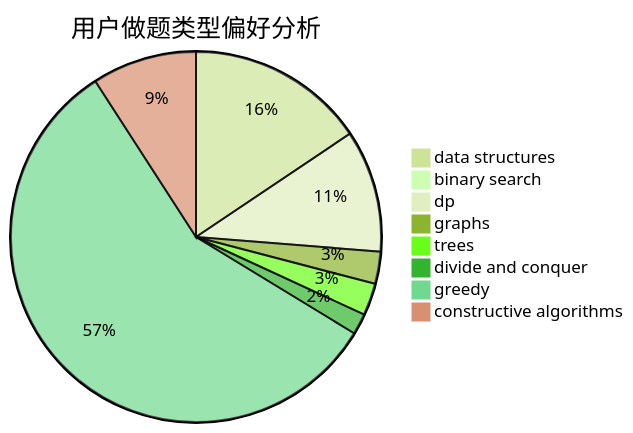
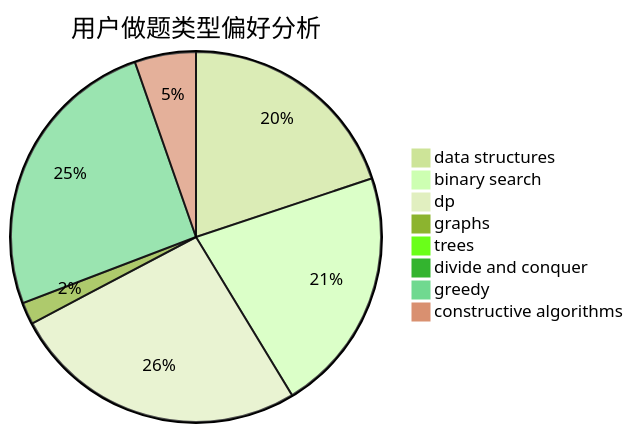
One commit to sherpahu/cfrs.github.io changed the second of 3 diagrams in docs/user/u1655.md. Above: the diagram before and after it, drawn with Mermaid (forest theme). The commit also changed other lines of this file and 2770 other files, not shown here.

````diff
--- a/docs/user/u1655.md
+++ b/docs/user/u1655.md
@@ -23,11 +23,11 @@
 ```mermaid
 pie title 用户做题类型偏好分析
-    "data structures" :  111
-    "binary search" :  0
-    "dp" :  76
-    "graphs" :  20
-    "trees" :  20
-    "divide and conquer" :  13
-    "greedy" :  407
-    "constructive algorithms" :  65
+    "data structures" :  435
+    "binary search" :  469
+    "dp" :  568
+    "graphs" :  42
+    "trees" :  7
+    "divide and conquer" :  0
+    "greedy" :  557
+    "constructive algorithms" :  117
 ```
````
